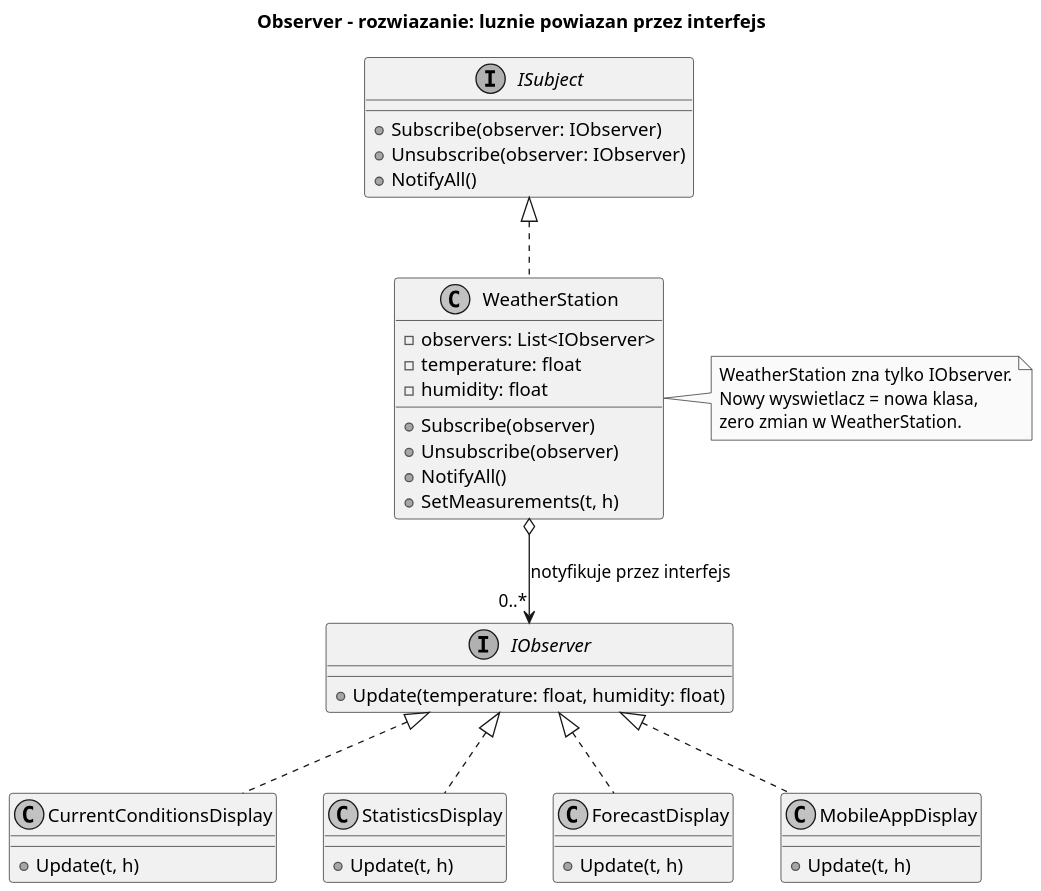
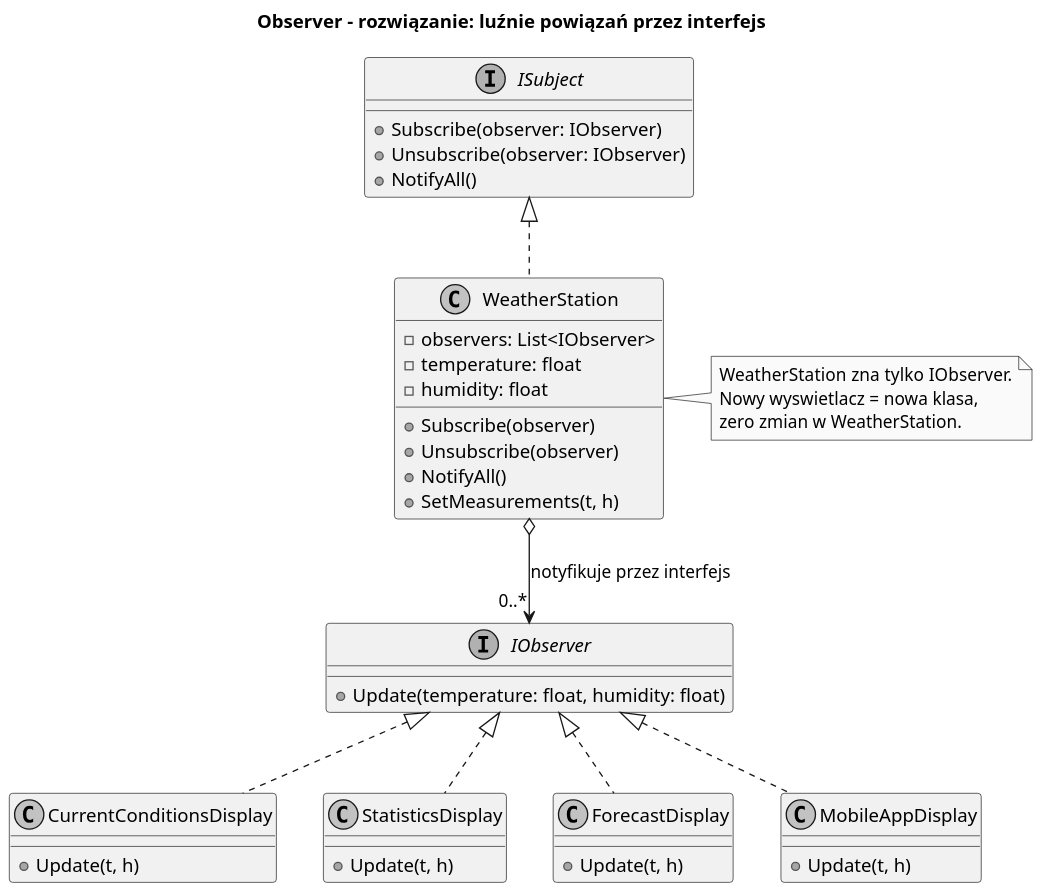
The diagram in src/13-obserwator/01-idea-i-kontekst/diagrams/02-solution.puml (tborzyszkowski/DesignPatterns), drawn with PlantUML before and after one commit. The commit also changed 87 other files, not shown here.

```diff
--- a/src/13-obserwator/01-idea-i-kontekst/diagrams/02-solution.puml
+++ b/src/13-obserwator/01-idea-i-kontekst/diagrams/02-solution.puml
@@ -1,57 +1,57 @@
 @startuml observer_solution
-title Observer - rozwiazanie: luznie powiazan przez interfejs
+title Observer - rozwiązanie: luźnie powiązań przez interfejs
 
 skinparam monochrome true
 skinparam dpi 150
 
 interface IObserver {
     + Update(temperature: float, humidity: float)
 }
 
 interface ISubject {
     + Subscribe(observer: IObserver)
     + Unsubscribe(observer: IObserver)
     + NotifyAll()
 }
 
 class WeatherStation {
     - observers: List<IObserver>
     - temperature: float
     - humidity: float
     + Subscribe(observer)
     + Unsubscribe(observer)
     + NotifyAll()
     + SetMeasurements(t, h)
 }
 
 class CurrentConditionsDisplay {
     + Update(t, h)
 }
 
 class StatisticsDisplay {
     + Update(t, h)
 }
 
 class ForecastDisplay {
     + Update(t, h)
 }
 
 class MobileAppDisplay {
     + Update(t, h)
 }
 
 ISubject <|.. WeatherStation
 IObserver <|.. CurrentConditionsDisplay
 IObserver <|.. StatisticsDisplay
 IObserver <|.. ForecastDisplay
 IObserver <|.. MobileAppDisplay
 
 WeatherStation o--> "0..*" IObserver : notyfikuje przez interfejs
 
 note right of WeatherStation
 WeatherStation zna tylko IObserver.
 Nowy wyswietlacz = nowa klasa,
 zero zmian w WeatherStation.
 end note
 
 @enduml
```
